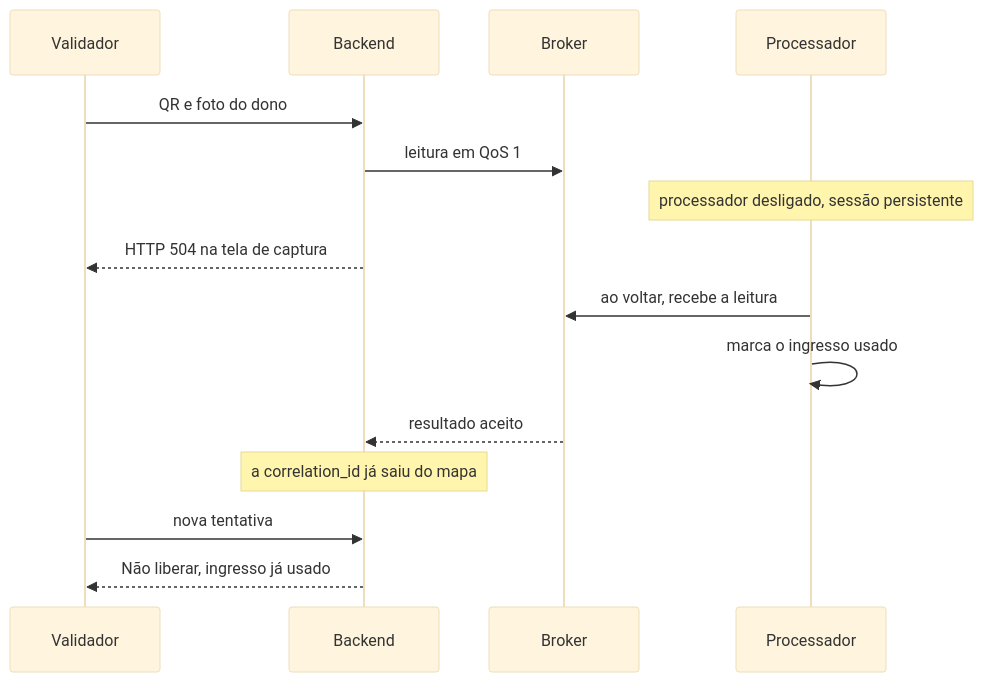
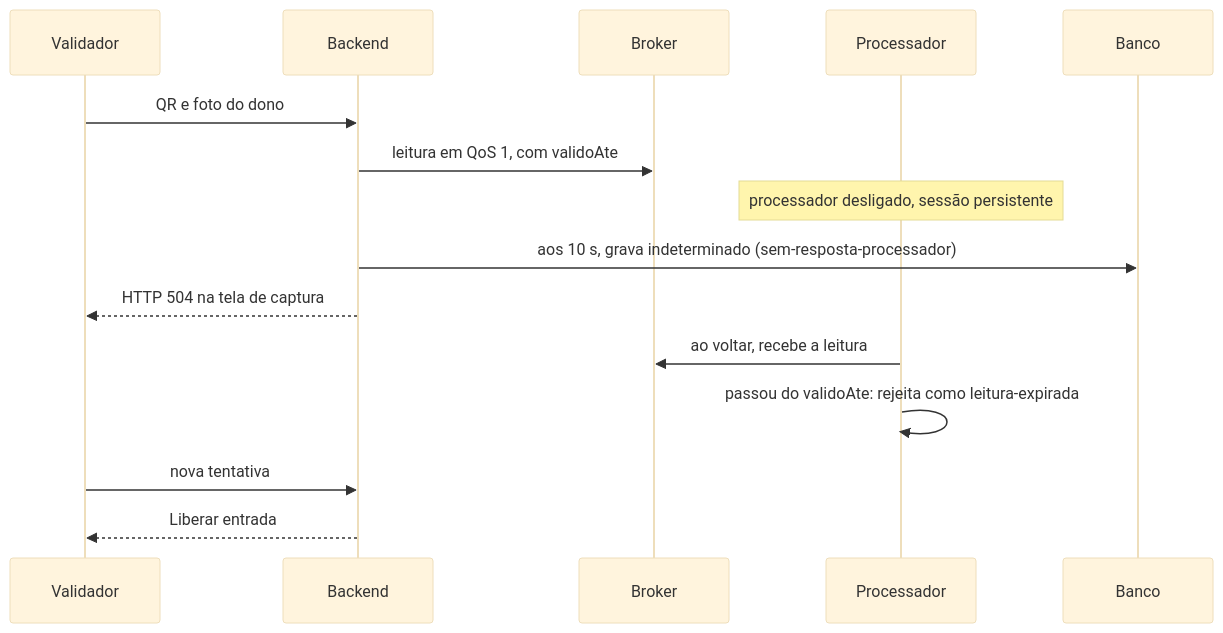
The fourth of 4 diagrams in docs/caminhos.md (UFG-INF-SSU-2026/Leite-de-Pedra), drawn with Mermaid (base theme) before and after one commit. The commit also changed other lines of this file and 9 other files, not shown here.

First line of the commit message:
fix(leituras): 504 não gasta mais o ingresso quando o processador volta

````diff
--- a/docs/caminhos.md
+++ b/docs/caminhos.md
@@ -79,17 +79,17 @@
 ```mermaid
 sequenceDiagram
     participant V as Validador
     participant B as Backend
     participant MQ as Broker
     participant P as Processador
+    participant DB as Banco
     V->>B: QR e foto do dono
-    B->>MQ: leitura em QoS 1
+    B->>MQ: leitura em QoS 1, com validoAte
     Note over P: processador desligado, sessão persistente
+    B->>DB: aos 10 s, grava indeterminado (sem-resposta-processador)
     B-->>V: HTTP 504 na tela de captura
     P->>MQ: ao voltar, recebe a leitura
-    P->>P: marca o ingresso usado
-    MQ-->>B: resultado aceito
-    Note over B: a correlation_id já saiu do mapa
+    P->>P: passou do validoAte: rejeita como leitura-expirada
     V->>B: nova tentativa
-    B-->>V: Não liberar, ingresso já usado
+    B-->>V: Liberar entrada
 ```
````
